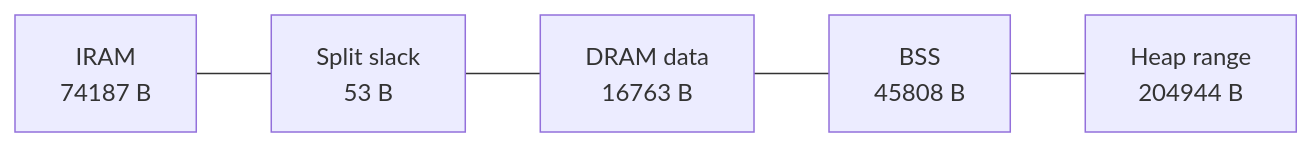
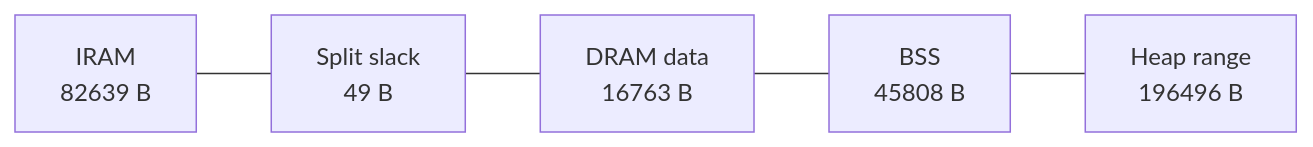
One commit to jose-villegas/autana changed the second of 2 diagrams in docs/notes/Board-and-Memory.md. Above: the diagram before and after it, drawn with Mermaid. The commit also changed other lines of this file and 3 other files, not shown here.

````diff
--- a/docs/notes/Board-and-Memory.md
+++ b/docs/notes/Board-and-Memory.md
@@ -266,4 +266,4 @@
 ```mermaid
 flowchart LR
-    iram["IRAM<br/>74187 B"] --- slack["Split slack<br/>53 B"] --- data["DRAM data<br/>16763 B"] --- bss["BSS<br/>45808 B"] --- heap["Heap range<br/>204944 B"]
+    iram["IRAM<br/>82639 B"] --- slack["Split slack<br/>49 B"] --- data["DRAM data<br/>16763 B"] --- bss["BSS<br/>45808 B"] --- heap["Heap range<br/>196496 B"]
 ```
````
